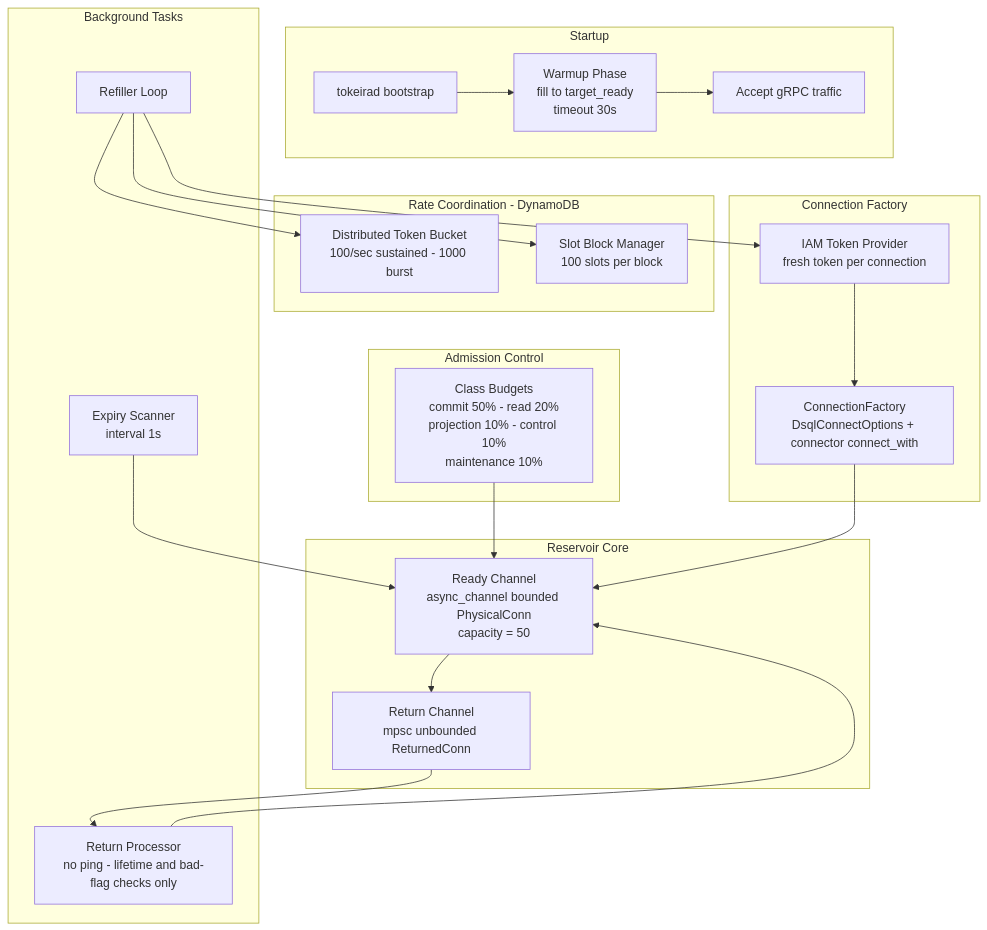
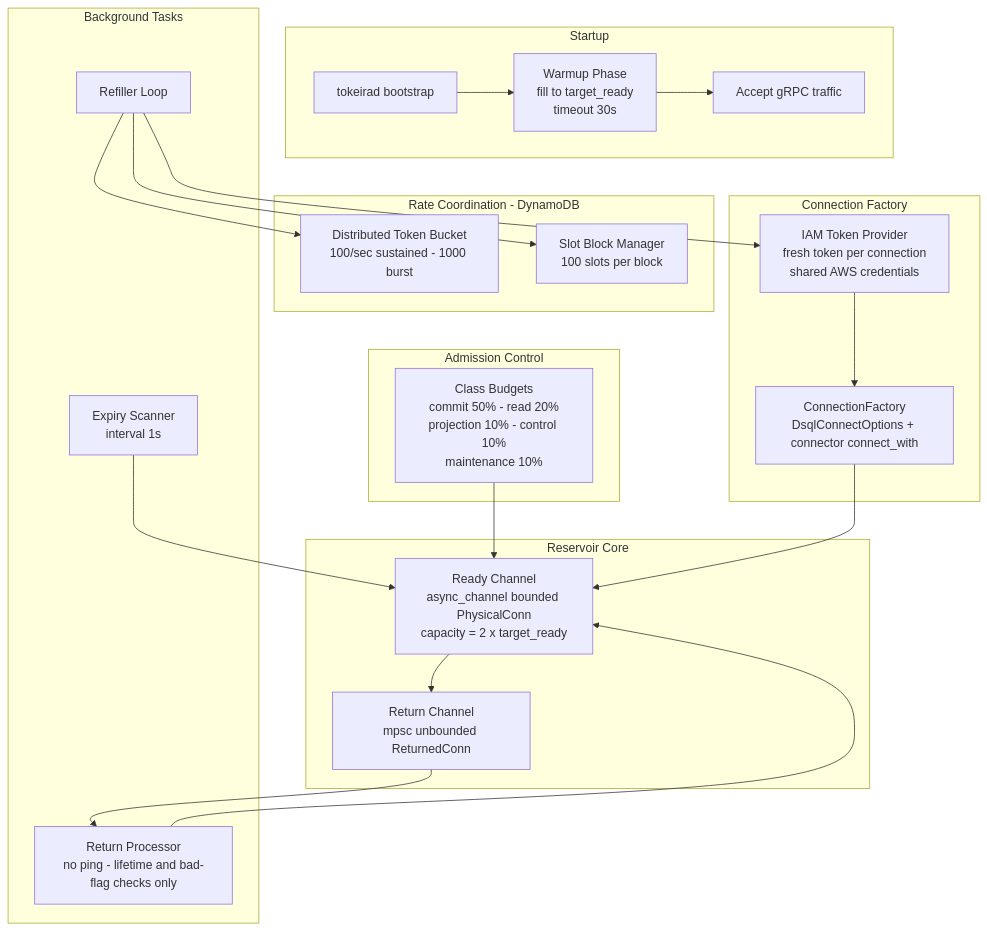
Before and after one commit to tokeira/tokeira: the diagram in .kiro/specs/dsql-reservoir-redesign/design.md, drawn with Mermaid. The commit also changed other lines of this file and 28 other files, not shown here.

````diff
--- a/.kiro/specs/dsql-reservoir-redesign/design.md
+++ b/.kiro/specs/dsql-reservoir-redesign/design.md
@@ -24,46 +24,46 @@
 ```mermaid
 graph TD
     subgraph "Startup"
         BOOT[tokeirad bootstrap]
         WARMUP[Warmup Phase<br/>fill to target_ready<br/>timeout 30s]
         GRPC[Accept gRPC traffic]
     end
 
     subgraph "Reservoir Core"
-        READY[Ready Channel<br/>async_channel bounded PhysicalConn<br/>capacity = 50]
+        READY[Ready Channel<br/>async_channel bounded PhysicalConn<br/>capacity = 2 x target_ready]
         RETURN_CH[Return Channel<br/>mpsc unbounded ReturnedConn]
     end
 
     subgraph "Background Tasks"
         REFILLER[Refiller Loop]
         SCANNER[Expiry Scanner<br/>interval 1s]
         RETURN_PROC[Return Processor<br/>no ping - lifetime and bad-flag checks only]
     end
 
     subgraph "Rate Coordination - DynamoDB"
         DIST_BUCKET[Distributed Token Bucket<br/>100/sec sustained - 1000 burst]
         SLOT_MGR[Slot Block Manager<br/>100 slots per block]
     end
 
     subgraph "Connection Factory"
-        IAM[IAM Token Provider<br/>fresh token per connection]
+        IAM[IAM Token Provider<br/>fresh token per connection<br/>shared AWS credentials]
         FACTORY[ConnectionFactory<br/>DsqlConnectOptions + connector connect_with]
     end
 
     subgraph "Admission Control"
         CLASS[Class Budgets<br/>commit 50% - read 20%<br/>projection 10% - control 10%<br/>maintenance 10%]
     end
 
     BOOT --> WARMUP
     WARMUP --> GRPC
     CLASS --> READY
     READY --> RETURN_CH
     RETURN_CH --> RETURN_PROC
     RETURN_PROC --> READY
     REFILLER --> DIST_BUCKET
     REFILLER --> SLOT_MGR
     REFILLER --> IAM
     IAM --> FACTORY
     FACTORY --> READY
     SCANNER --> READY
 ```
````
